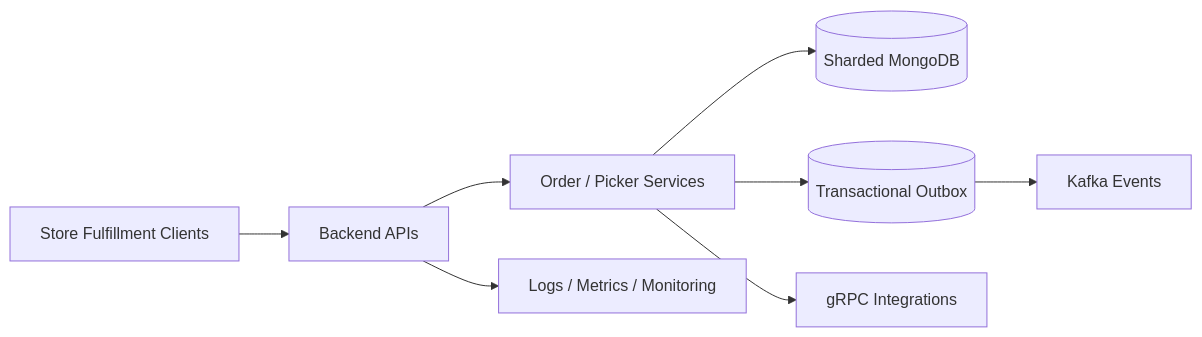
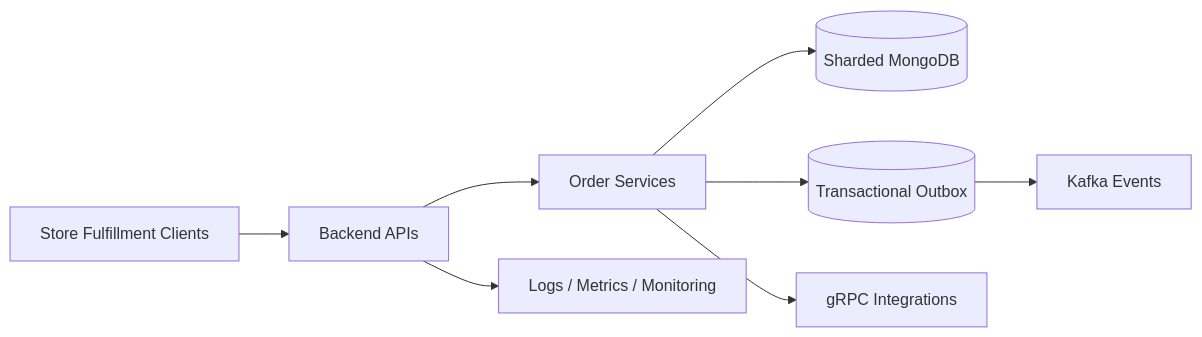
Before and after one commit to vadimoarturo/vadimoarturo: the diagram in case-studies/retail-fulfillment.md, drawn with Mermaid. The commit also changed other lines of this file, not shown here.

Commit message:
Remove picker terminology from public case study

````diff
--- a/case-studies/retail-fulfillment.md
+++ b/case-studies/retail-fulfillment.md
@@ -34,10 +34,10 @@
 ```mermaid
 flowchart LR
     Client[Store Fulfillment Clients] --> API[Backend APIs]
-    API --> Domain[Order / Picker Services]
+    API --> Domain[Order Services]
     Domain --> Data[(Sharded MongoDB)]
     Domain --> Outbox[(Transactional Outbox)]
     Outbox --> Kafka[Kafka Events]
     Domain --> RPC[gRPC Integrations]
     API --> Observability[Logs / Metrics / Monitoring]
 ```
````
